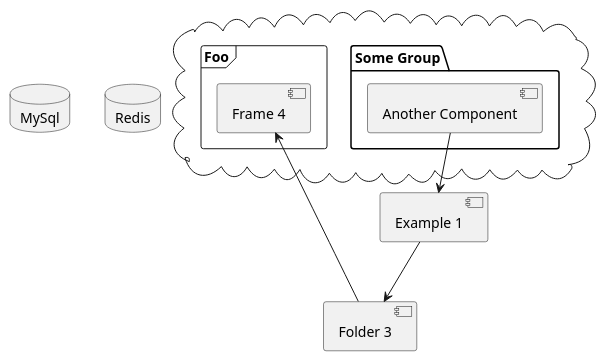
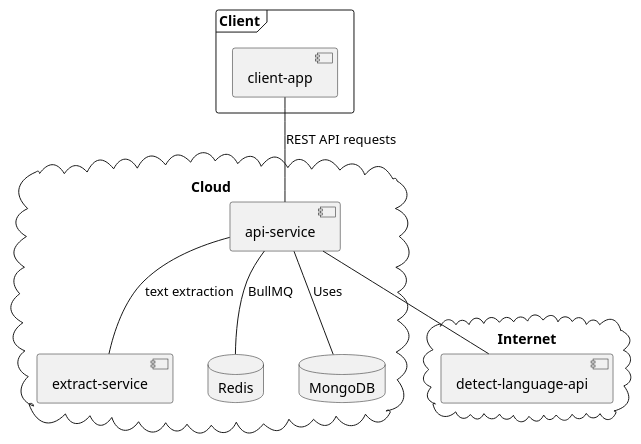
One commit to aic-factcheck/fact_check_api changed the diagram in uml_docs/component-diagram.puml. Above: the diagram before and after it, drawn with PlantUML. The commit also changed 3 other files, not shown here.

Commit message:
feat: updated puml diagrams and added review-add-process diagram

```diff
--- a/uml_docs/component-diagram.puml
+++ b/uml_docs/component-diagram.puml
@@ -1,28 +1,25 @@
-@startuml
+@startuml Components diagram
 
-cloud {
-
-  frame "Foo" {
-    [Frame 4]
-  }
-
-  package "Some Group" {
-    [Another Component]
-  }
+Frame "Client" {
+  [client-app]
 }
 
-
-database "MySql" {
-
+Cloud "Internet" {
+  [detect-language-api]
 }
 
-database "Redis" {
+Cloud "Cloud" {
+  [api-service]
+  [extract-service]
+  database Redis
+  database MongoDB
 
+  [api-service] -- [extract-service] : text extraction
+  [api-service] -- [Redis] : BullMQ
+  [api-service] -- [MongoDB] : Uses
+  [api-service] -- [detect-language-api]
 }
 
-
-[Another Component] --> [Example 1]
-[Example 1] --> [Folder 3]
-[Folder 3] --> [Frame 4]
+  [client-app] -- [api-service] : REST API requests
 
 @enduml
```
